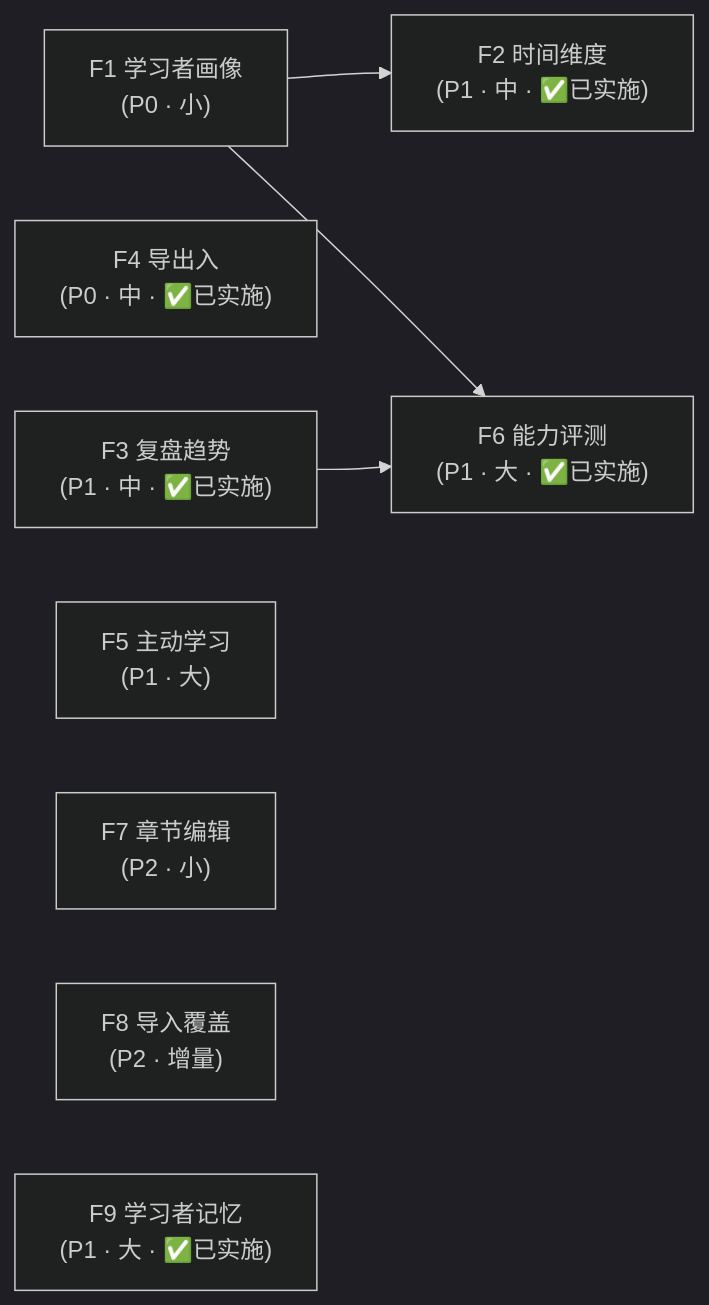
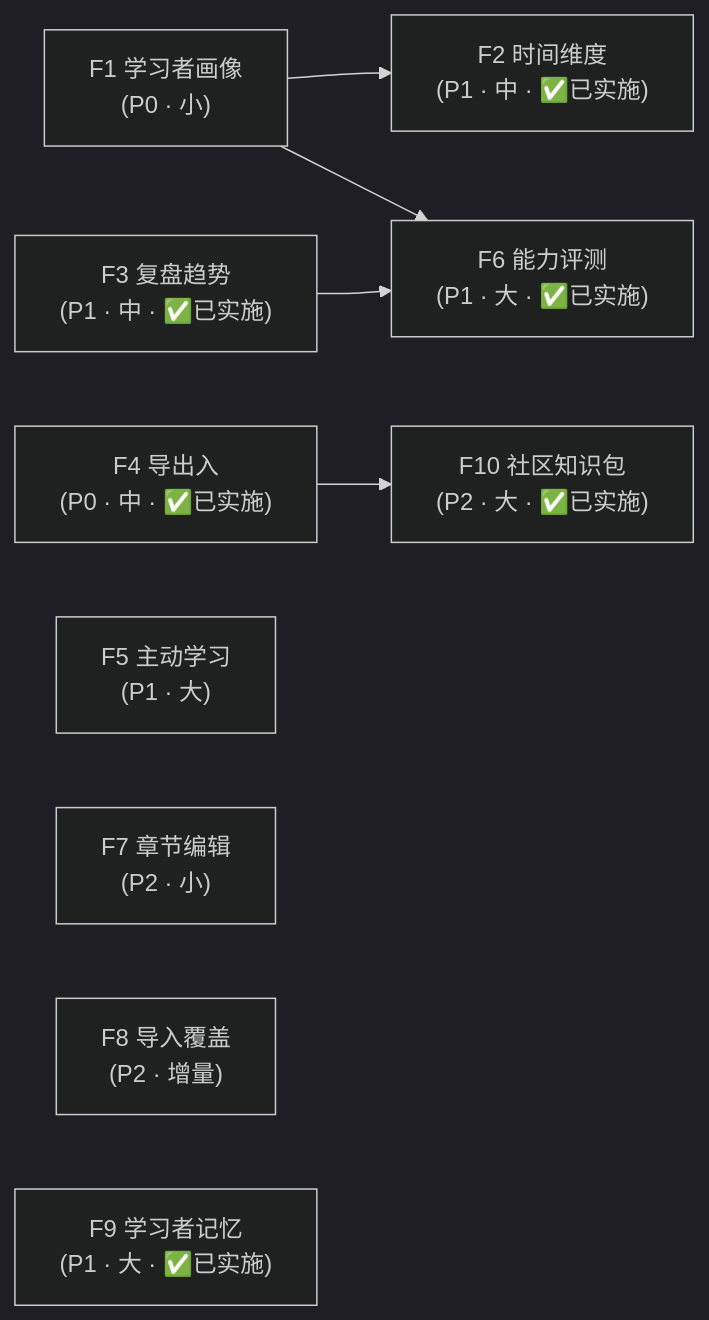
The diagram in docs/roadmap-next-features-plan-2026-09.md (JackXuyi/Personal-Learning-OS), drawn with Mermaid (dark theme) before and after one commit. The commit also changed other lines of this file and 3 other files, not shown here.

````diff
--- a/docs/roadmap-next-features-plan-2026-09.md
+++ b/docs/roadmap-next-features-plan-2026-09.md
@@ -413,21 +455,24 @@
 ```mermaid
 flowchart LR
     F1["F1 学习者画像<br/>(P0 · 小)"]
     F4["F4 导出入<br/>(P0 · 中 · ✅已实施)"]
     F3["F3 复盘趋势<br/>(P1 · 中 · ✅已实施)"]
     F2["F2 时间维度<br/>(P1 · 中 · ✅已实施)"]
     F5["F5 主动学习<br/>(P1 · 大)"]
     F6["F6 能力评测<br/>(P1 · 大 · ✅已实施)"]
     F7["F7 章节编辑<br/>(P2 · 小)"]
     F8["F8 导入覆盖<br/>(P2 · 增量)"]
     F9["F9 学习者记忆<br/>(P1 · 大 · ✅已实施)"]
+    F10["F10 社区知识包<br/>(P2 · 大 · ✅已实施)"]
 
     F1 --> F2
     F1 --> F6
     F3 --> F6
+    F4 --> F10
     F4
     F5
     F7
     F8
     F9
+    F10
 ```
````
